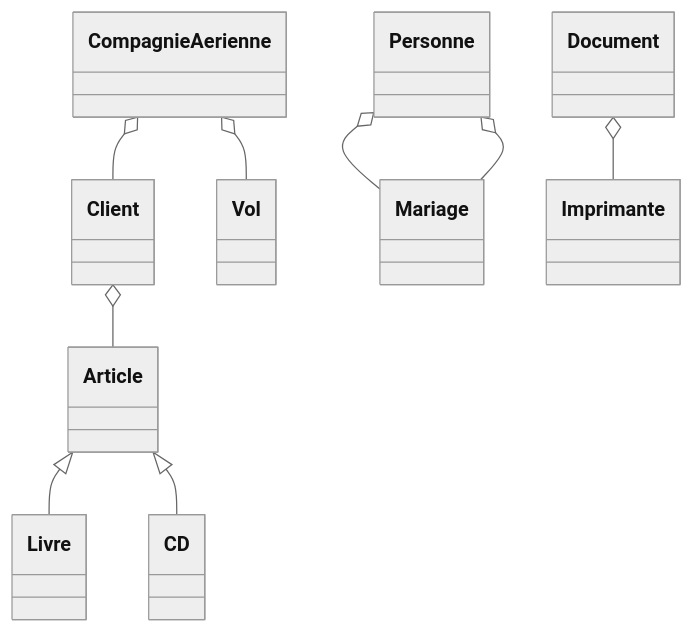
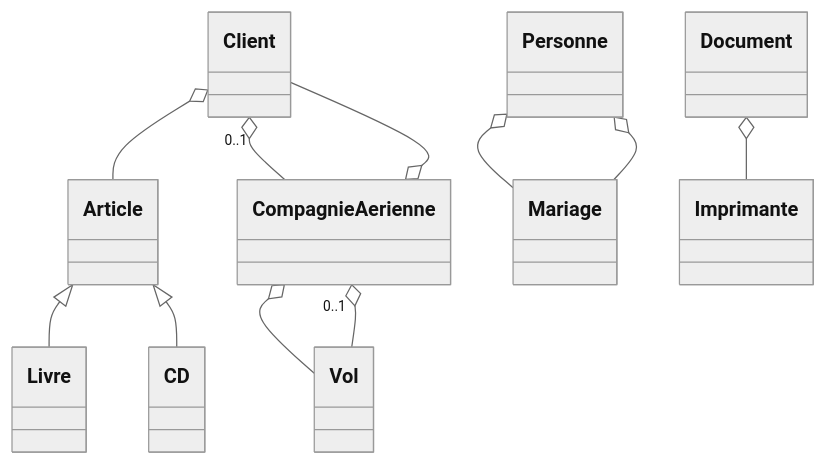
The diagram in README.md (ROUBAUD-Axel-2225073b/TD3uml), drawn with Mermaid (neutral theme) before and after one commit.

````diff
--- a/README.md
+++ b/README.md
@@ -3,23 +3,25 @@
 ```mermaid
 classDiagram
   class Article
   class Livre
   class CD
   class Client
   class CompagnieAerienne
   class Vol
   class Personne
   class Mariage
   class Document
   class Imprimante
 
   Article <|-- Livre
   Article <|-- CD
   Client o-- Article
   CompagnieAerienne o-- Vol
   CompagnieAerienne o-- Client
   Personne o-- Mariage
   Personne o-- Mariage
   Document o-- Imprimante
 
+  Client "0..1" o-- CompagnieAerienne
+  CompagnieAerienne "0..1" o-- Vol
 ```
````
